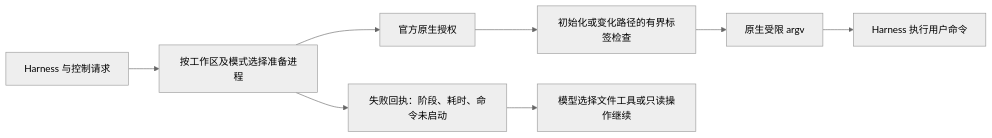
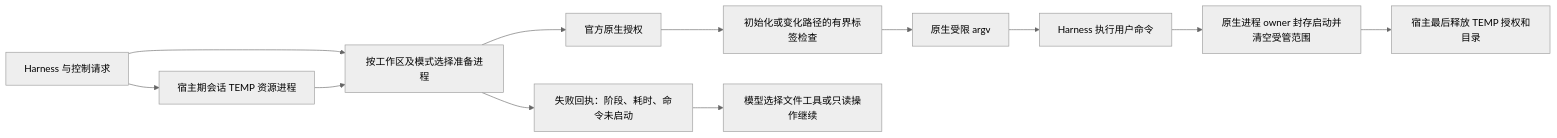
Before and after one commit to gcsagroup/CodeBuddy-v1: the diagram in documentation/codebuddy/decisions/ADR-002-windows-sandbox-preparation.md, drawn with Mermaid (neutral theme). The commit also changed other lines of this file and 12 other files, not shown here.

````diff
--- a/documentation/codebuddy/decisions/ADR-002-windows-sandbox-preparation.md
+++ b/documentation/codebuddy/decisions/ADR-002-windows-sandbox-preparation.md
@@ -22,10 +22,14 @@
 ```mermaid
 flowchart LR
   H[Harness 与控制请求] --> P[按工作区及模式选择准备进程]
+  H --> T[宿主期会话 TEMP 资源进程]
+  T --> P
   P --> G[官方原生授权]
   G --> L[初始化或变化路径的有界标签检查]
   L --> A[原生受限 argv]
   A --> E[Harness 执行用户命令]
+  E --> Q[原生进程 owner 封存启动并清空受管范围]
+  Q --> R[宿主最后释放 TEMP 授权和目录]
   P --> F[失败回执：阶段、耗时、命令未启动]
   F --> M[模型选择文件工具或只读操作继续]
 ```
````
